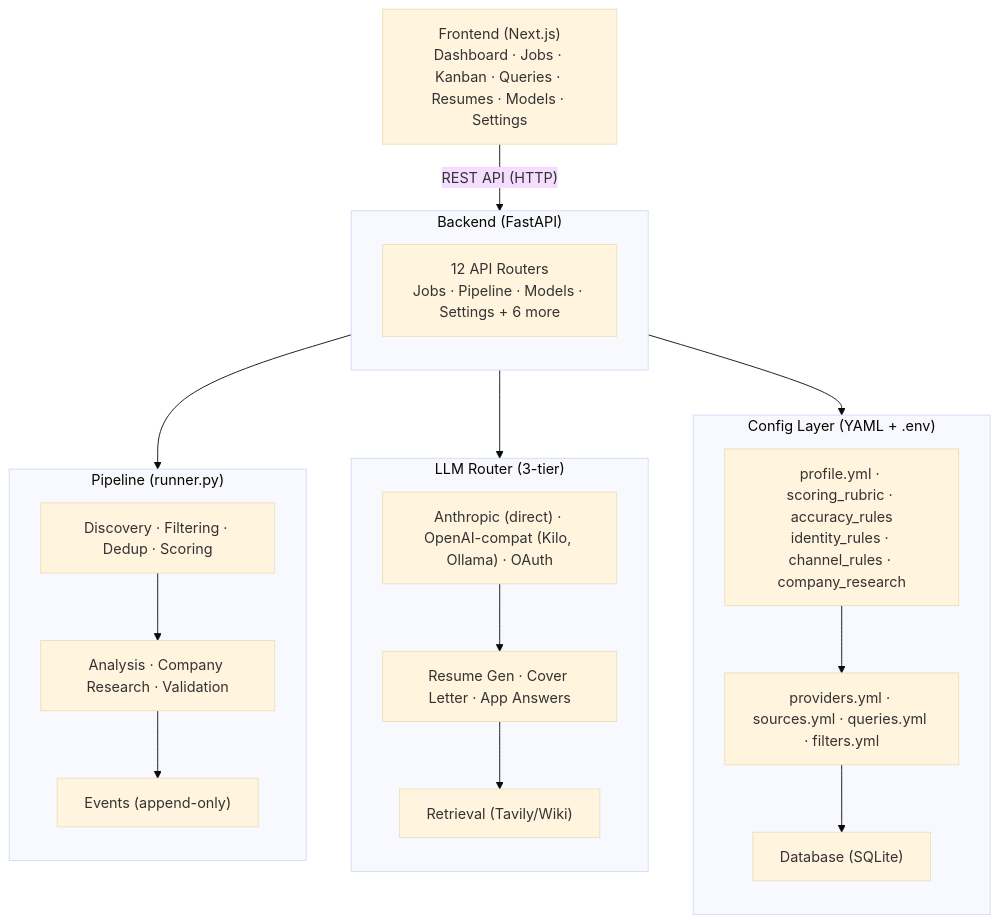
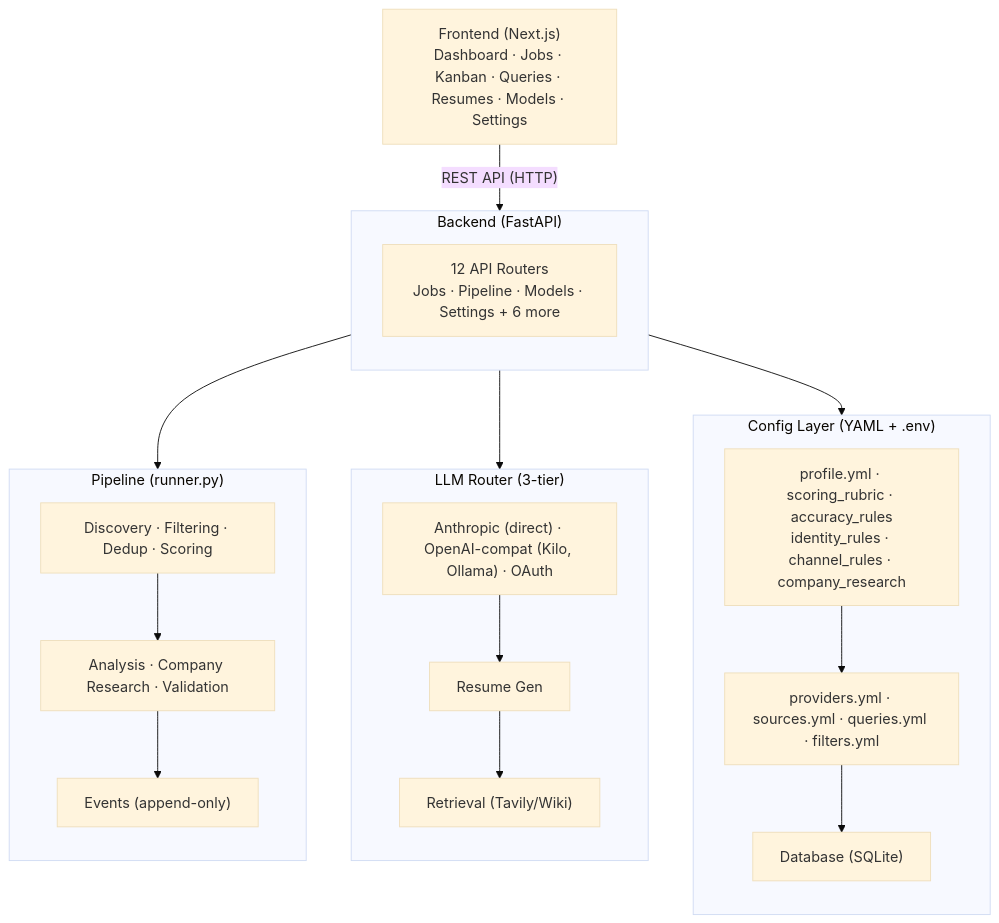
One commit to tonyperkins/seeker-os changed the first of 7 diagrams in docs/ARCHITECTURE.md. Above: the diagram before and after it, drawn with Mermaid (base theme). The commit also changed other lines of this file and 37 other files, not shown here.

````diff
--- a/docs/ARCHITECTURE.md
+++ b/docs/ARCHITECTURE.md
@@ -9,37 +9,37 @@
 ```mermaid
 graph TB
     Frontend["Frontend (Next.js)<br/>Dashboard · Jobs · Kanban · Queries · Resumes · Models · Settings"]
     Frontend -->|"REST API (HTTP)"| Backend
 
     subgraph Backend["Backend (FastAPI)"]
         direction TB
         Routers["12 API Routers<br/>Jobs · Pipeline · Models · Settings + 6 more"]
     end
     Backend --> Pipeline
     Backend --> LLMRouter
     Backend --> ConfigLayer
 
     subgraph Pipeline["Pipeline (runner.py)"]
         direction TB
         P1["Discovery · Filtering · Dedup · Scoring"]
         P2["Analysis · Company Research · Validation"]
         P3["Events (append-only)"]
         P1 --> P2 --> P3
     end
 
     subgraph LLMRouter["LLM Router (3-tier)"]
         direction TB
         L1["Anthropic (direct) · OpenAI-compat (Kilo, Ollama) · OAuth"]
-        L2["Resume Gen · Cover Letter · App Answers"]
+        L2["Resume Gen"]
         L3["Retrieval (Tavily/Wiki)"]
         L1 --> L2 --> L3
     end
 
     subgraph ConfigLayer["Config Layer (YAML + .env)"]
         direction TB
         C1["profile.yml · scoring_rubric · accuracy_rules<br/>identity_rules · channel_rules · company_research"]
         C2["providers.yml · sources.yml · queries.yml · filters.yml"]
         C3["Database (SQLite)"]
         C1 --> C2 --> C3
     end
 ```
````
